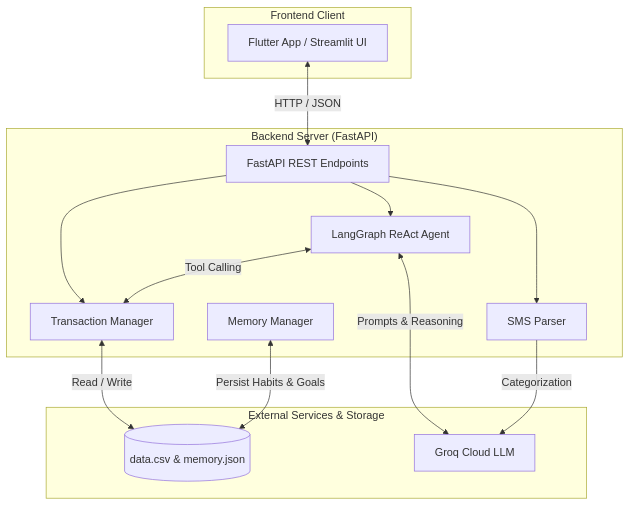
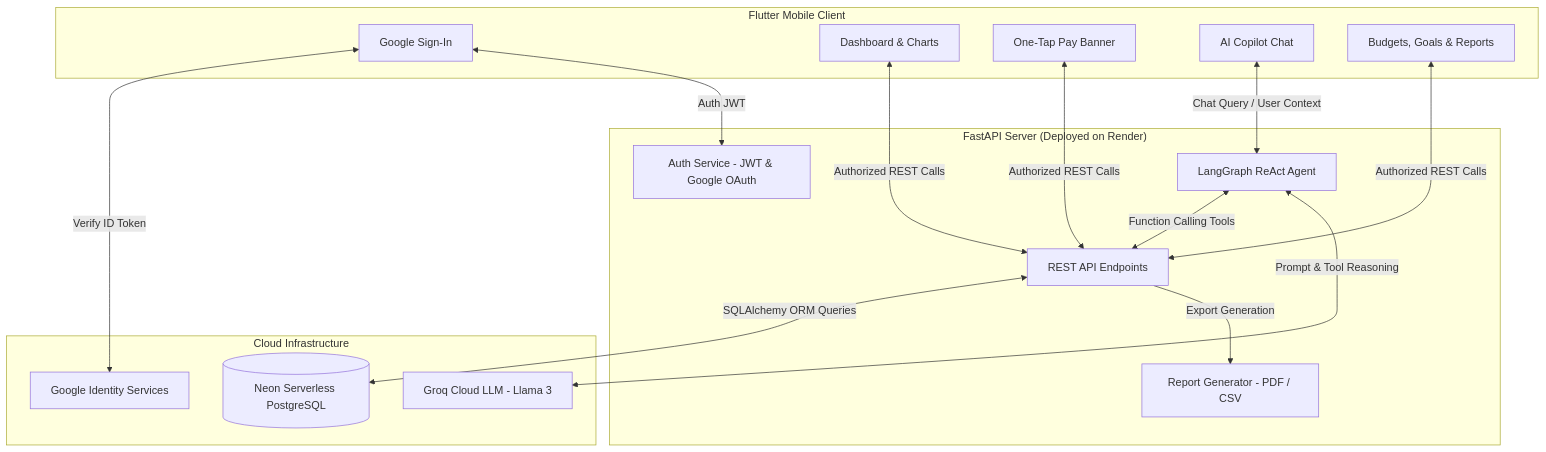
The diagram in README.md (anshmangla/personal-finance-copilot), drawn with Mermaid before and after one commit. The commit also changed other lines of this file and 6 other files, not shown here.

Commit message:
feat: add one-tap subscription payment and comprehensive README updates

````diff
--- a/README.md
+++ b/README.md
@@ -51,29 +63,32 @@
 ```mermaid
 flowchart TD
-    subgraph Frontend["Frontend Client"]
-        A[Flutter App / Streamlit UI]
+    subgraph Frontend["Flutter Mobile Client"]
+        A[Google Sign-In]
+        B[Dashboard & Charts]
+        C[One-Tap Pay Banner]
+        D[AI Copilot Chat]
+        E[Budgets, Goals & Reports]
     end
 
-    subgraph Backend["Backend Server (FastAPI)"]
-        B[FastAPI REST Endpoints]
-        C[Transaction Manager]
-        D[LangGraph ReAct Agent]
-        E[SMS Parser]
-        F[Memory Manager]
+    subgraph Backend["FastAPI Server (Deployed on Render)"]
+        F[Auth Service - JWT & Google OAuth]
+        G[REST API Endpoints]
+        H[LangGraph ReAct Agent]
+        I[Report Generator - PDF / CSV]
     end
 
-    subgraph External["External Services & Storage"]
-        G[(data.csv & memory.json)]
-        H[Groq Cloud LLM]
+    subgraph Cloud["Cloud Infrastructure"]
+        J[(Neon Serverless PostgreSQL)]
+        K[Groq Cloud LLM - Llama 3]
+        L[Google Identity Services]
     end
 
-    A <-->|HTTP / JSON| B
-    B --> C
-    B --> D
-    B --> E
-    D <-->|Tool Calling| C
-    D <-->|Prompts & Reasoning| H
-    E -->|Categorization| H
-    C <-->|Read / Write| G
-    F <-->|Persist Habits & Goals| G
+    A <-->|Verify ID Token| L
+    A <-->|Auth JWT| F
+    B & C & E <-->|Authorized REST Calls| G
+    D <-->|Chat Query / User Context| H
+    H <-->|Function Calling Tools| G
+    H <-->|Prompt & Tool Reasoning| K
+    G <-->|SQLAlchemy ORM Queries| J
+    G -->|Export Generation| I
 ```
````
